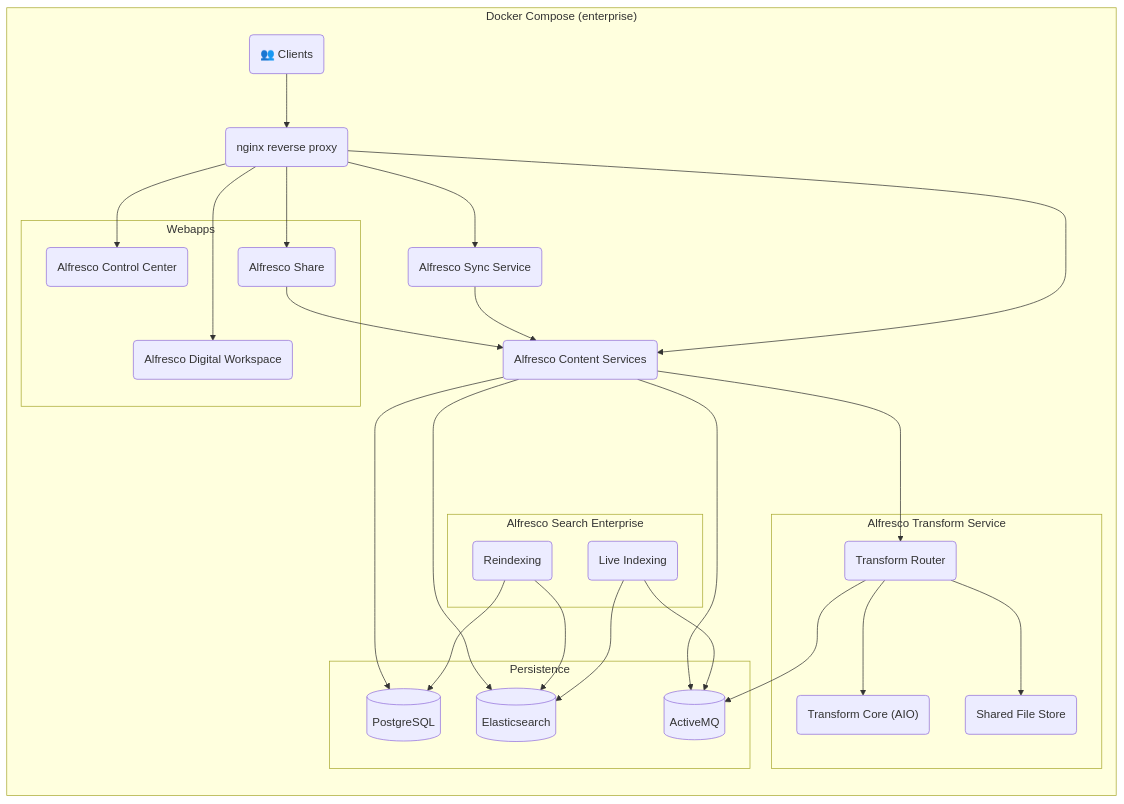
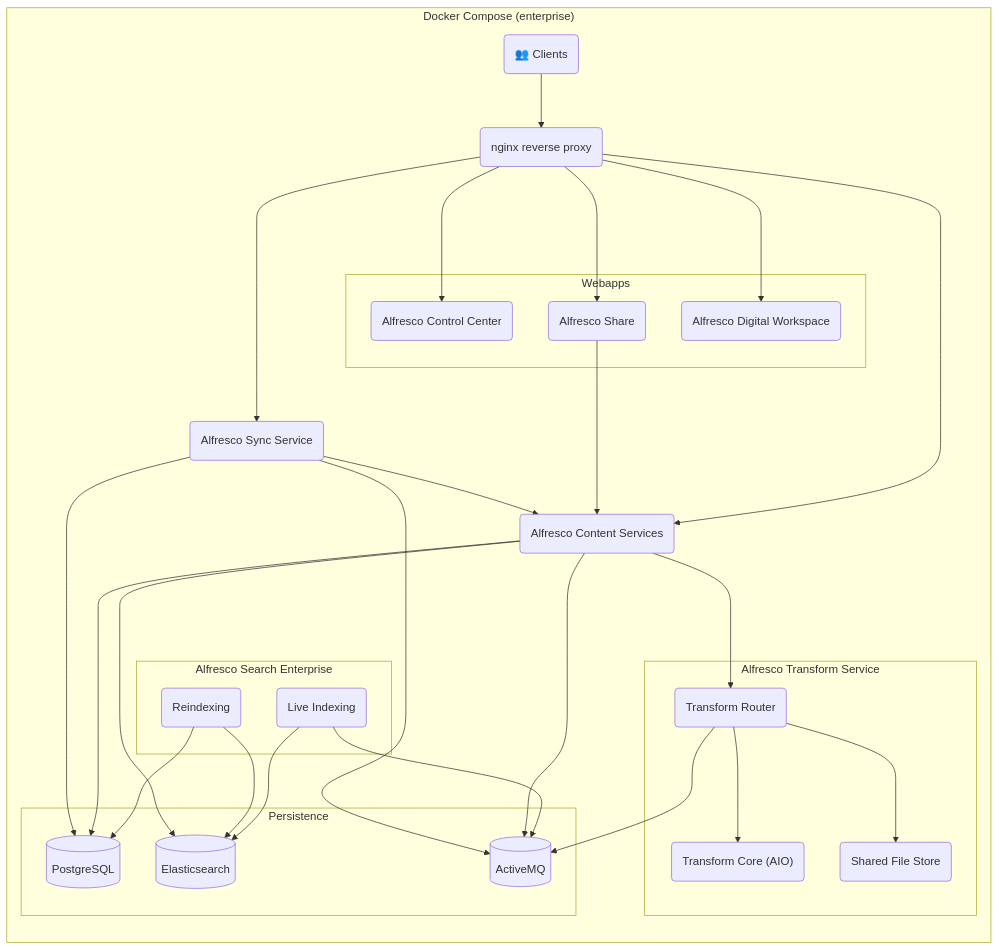
Before and after one commit to Alfresco/acs-deployment: the first of 2 diagrams in docs/docker-compose/README.md, drawn with Mermaid. The commit also changed other lines of this file, not shown here.

Commit message:
link sync to pg/amq

````diff
--- a/docs/docker-compose/README.md
+++ b/docs/docker-compose/README.md
@@ -8,60 +8,62 @@
 ```mermaid
 graph TB
 
 subgraph "Docker Compose (enterprise)"
   direction TB
   Client("👥 Clients")
   proxy("nginx reverse proxy")
   acs("Alfresco Content Services")
   sync("Alfresco Sync Service")
 
   subgraph "Alfresco Transform Service"
     trouter("Transform Router")
     sfs("Shared File Store")
     tcore("Transform Core (AIO)")
   end
 
   subgraph "Alfresco Search Enterprise"
     aser("Reindexing")
     ase("Live Indexing")
   end
 
   subgraph "Webapps"
     acc("Alfresco Control Center")
     adw("Alfresco Digital Workspace")
     share("Alfresco Share")
   end
 
   subgraph "Persistence"
-    psql[("PostgreSQL")]
+    pg[("PostgreSQL")]
     es[("Elasticsearch")]
     amq[("ActiveMQ")]
   end
 end
 
 Client --> proxy
 
 proxy --> acc
 proxy --> share
 proxy ---> adw
-proxy --> acs
-proxy --> sync
+proxy ---> acs
+proxy ----> sync
 
 ase --> es
 ase --> amq
-aser --> psql
+aser --> pg
 aser --> es
 
 acs ---> es
-acs ---> psql
+acs ---> pg
 acs ---> amq
 acs ---> trouter
 
 trouter --> tcore
 trouter --> sfs
 trouter --> amq
 
 share --> acs
 
 sync --> acs
+sync --> pg
+sync --> amq
 ```
````
